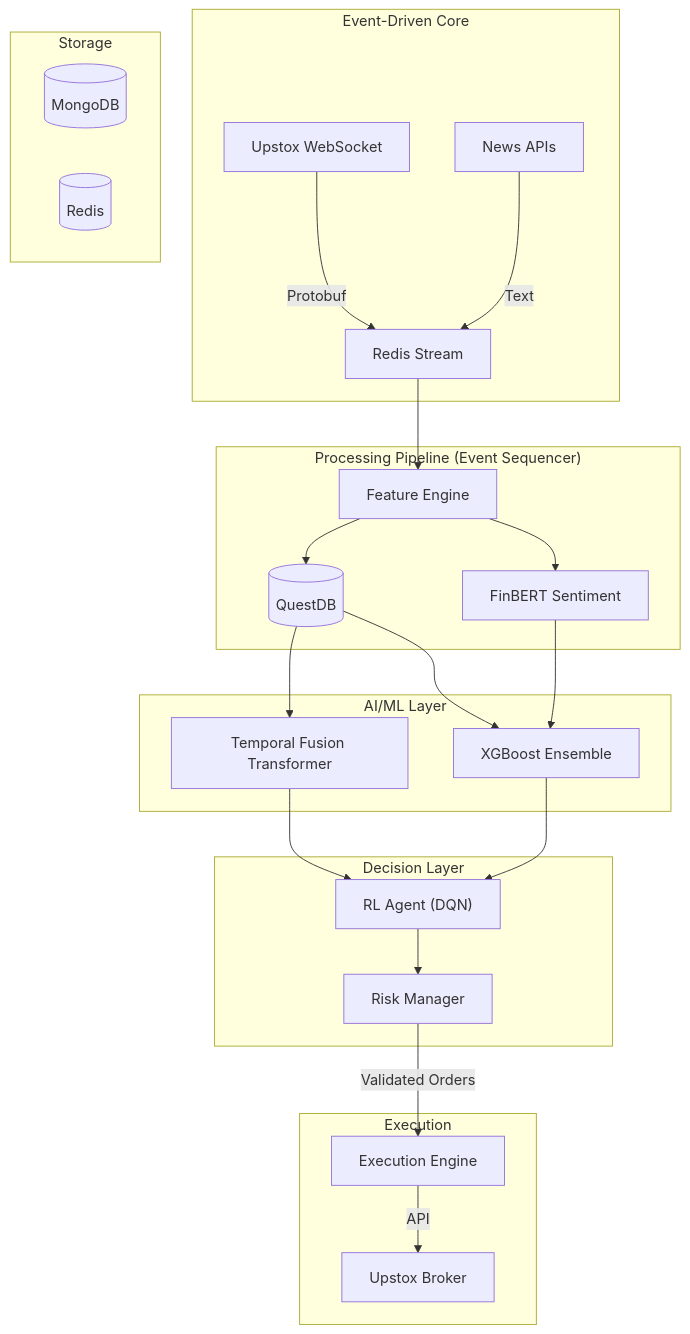
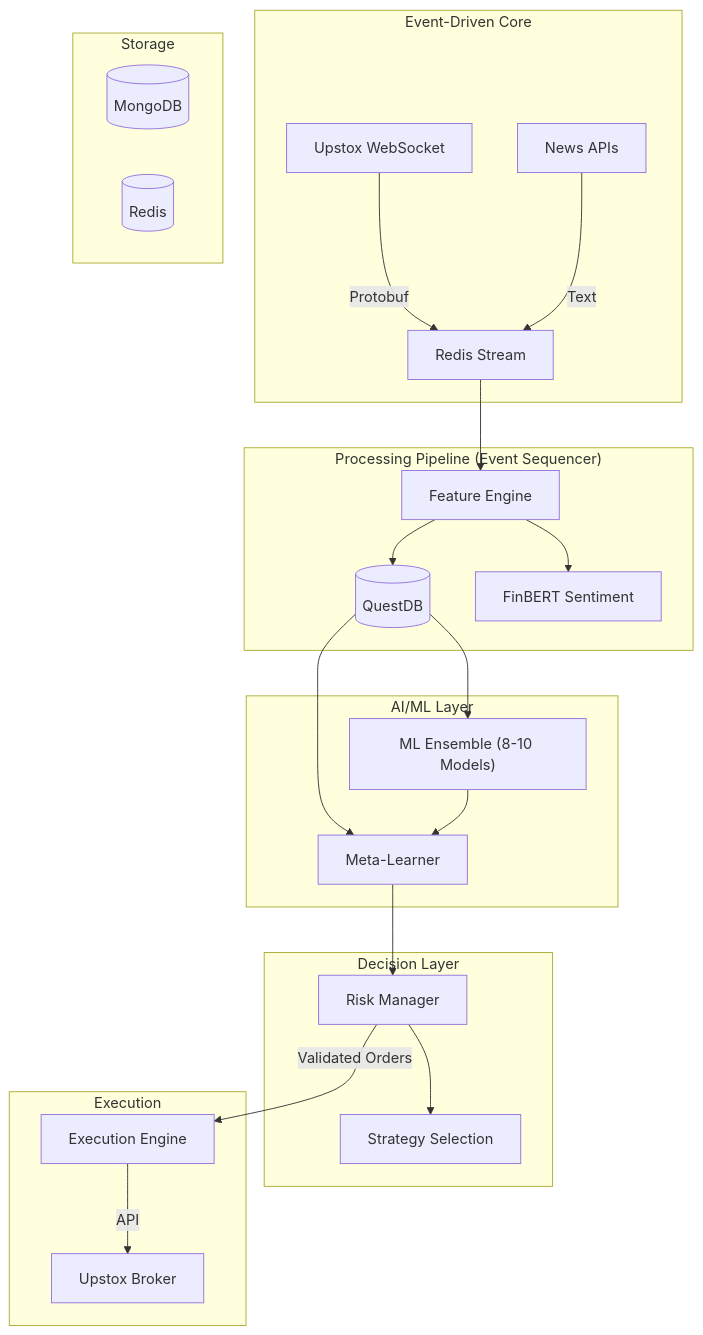
One commit to OkBeiRohan/investment-trading-portfolio changed the diagram in README.md. Above: the diagram before and after it, drawn with Mermaid. The commit also changed other lines of this file and 12 other files, not shown here.

````diff
--- a/README.md
+++ b/README.md
@@ -51,35 +51,34 @@
 ```mermaid
 graph TD
     subgraph "Event-Driven Core"
         WS[Upstox WebSocket] -->|Protobuf| RS[Redis Stream]
         NEWS[News APIs] -->|Text| RS
     end
 
     subgraph "Processing Pipeline (Event Sequencer)"
         RS --> FE[Feature Engine]
         FE --> QDB[(QuestDB)]
         FE --> SENT[FinBERT Sentiment]
     end
 
     subgraph "AI/ML Layer"
-        QDB --> TFT[Temporal Fusion Transformer]
-        QDB --> XGB[XGBoost Ensemble]
-        SENT --> XGB
+        QDB --> ENS["ML Ensemble (8-10 Models)"]
+        QDB --> META[Meta-Learner]
+        ENS --> META
     end
 
     subgraph "Decision Layer"
-        TFT --> DQN["RL Agent (DQN)"]
-        XGB --> DQN
-        DQN --> RISK[Risk Manager]
+        META --> RISK[Risk Manager]
+        RISK --> STRAT[Strategy Selection]
     end
 
     subgraph "Execution"
         RISK -->|Validated Orders| EXEC[Execution Engine]
         EXEC -->|API| UPSTOX[Upstox Broker]
     end
 
     subgraph "Storage"
         MDB[(MongoDB)]
         REDIS[(Redis)]
     end
 ```
````
